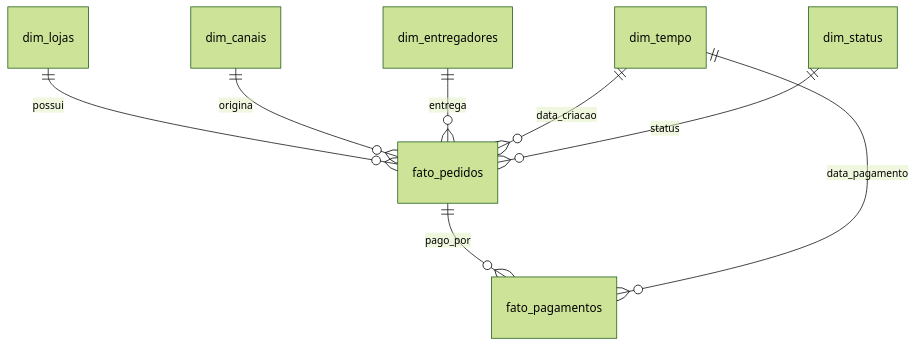
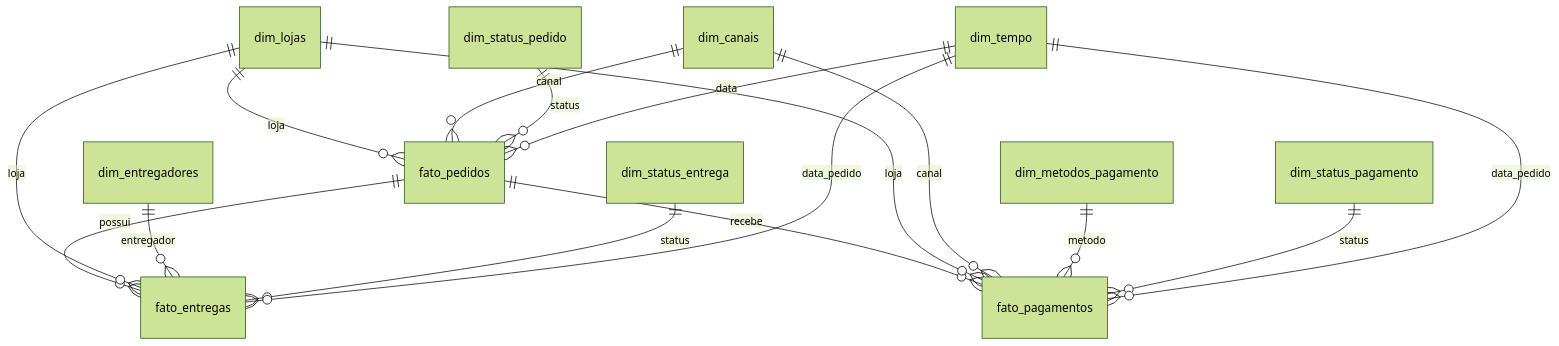
The diagram in docs/modelo-dimensional.md (Victor884/mini-data-mart-delivery-center), drawn with Mermaid (forest theme) before and after one commit. The commit also changed other lines of this file and 5 other files, not shown here.

````diff
--- a/docs/modelo-dimensional.md
+++ b/docs/modelo-dimensional.md
@@ -20,11 +29,20 @@
 ```mermaid
 erDiagram
-    dim_lojas ||--o{ fato_pedidos : "possui"
-    dim_canais ||--o{ fato_pedidos : "origina"
-    dim_entregadores ||--o{ fato_pedidos : "entrega"
-    dim_tempo ||--o{ fato_pedidos : "data_criacao"
-    dim_status ||--o{ fato_pedidos : "status"
-    
-    fato_pedidos ||--o{ fato_pagamentos : "pago_por"
-    dim_tempo ||--o{ fato_pagamentos : "data_pagamento"
+    dim_lojas ||--o{ fato_pedidos : "loja"
+    dim_canais ||--o{ fato_pedidos : "canal"
+    dim_status_pedido ||--o{ fato_pedidos : "status"
+    dim_tempo ||--o{ fato_pedidos : "data"
+
+    fato_pedidos ||--o{ fato_entregas : "possui"
+    dim_lojas ||--o{ fato_entregas : "loja"
+    dim_entregadores ||--o{ fato_entregas : "entregador"
+    dim_status_entrega ||--o{ fato_entregas : "status"
+    dim_tempo ||--o{ fato_entregas : "data_pedido"
+
+    fato_pedidos ||--o{ fato_pagamentos : "recebe"
+    dim_lojas ||--o{ fato_pagamentos : "loja"
+    dim_canais ||--o{ fato_pagamentos : "canal"
+    dim_metodos_pagamento ||--o{ fato_pagamentos : "metodo"
+    dim_status_pagamento ||--o{ fato_pagamentos : "status"
+    dim_tempo ||--o{ fato_pagamentos : "data_pedido"
 ```
````
